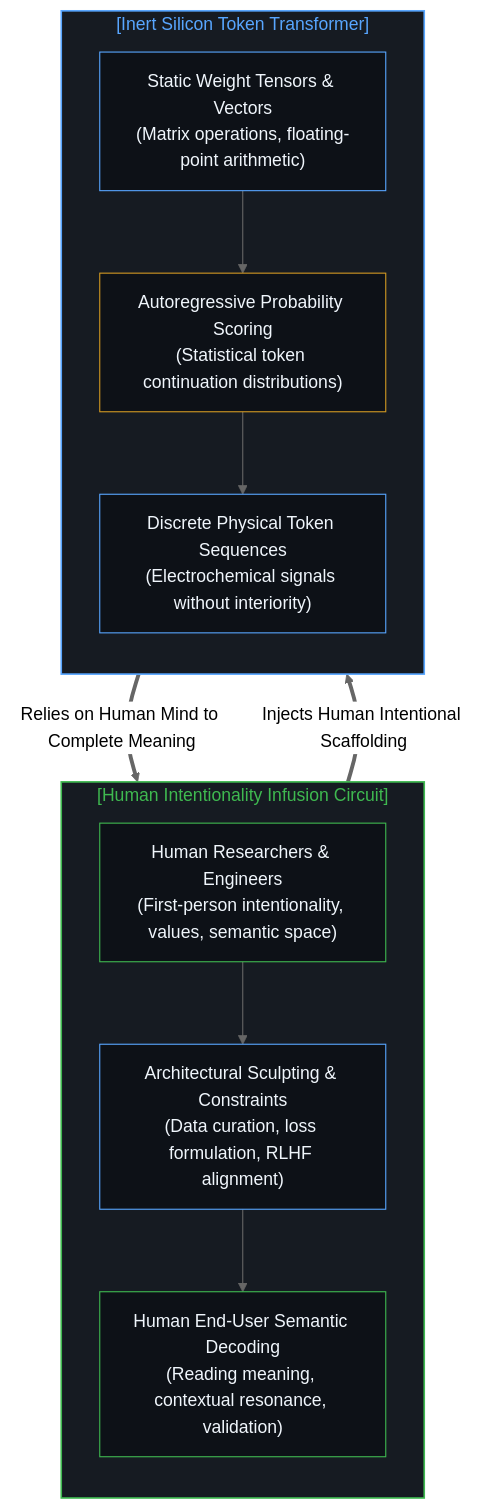
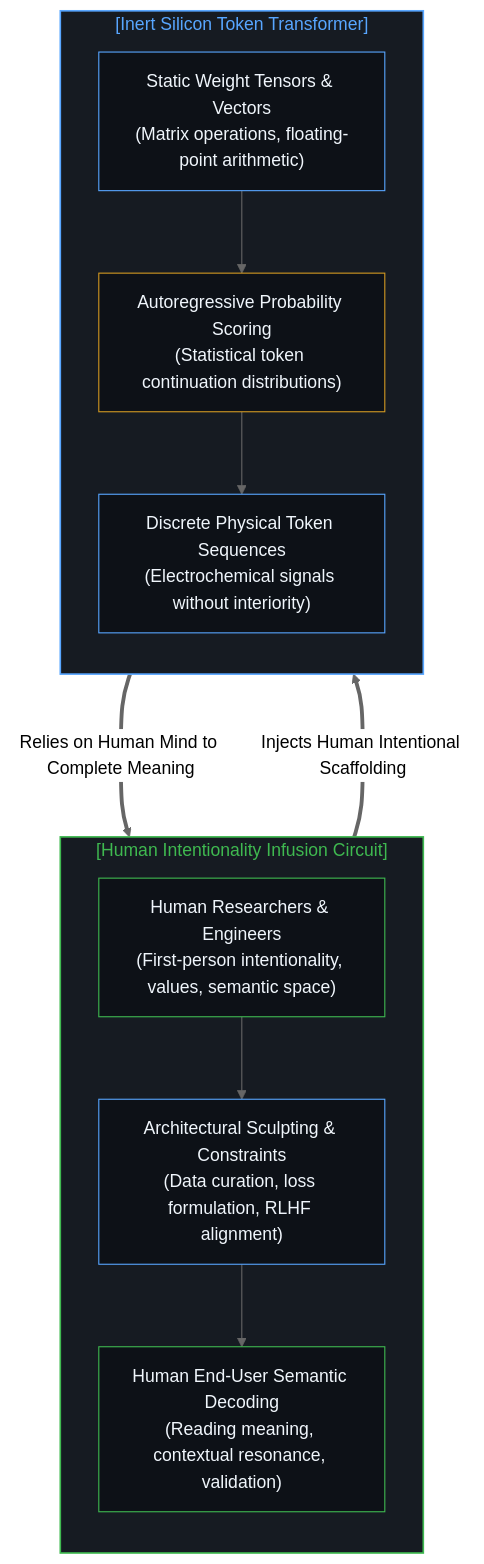
The sixth of 10 diagrams in content/posts/subtracting-consciousness-at-the-source.md (powerpig99/not-a-toe), drawn with Mermaid (neutral theme) before and after one commit. The commit also changed other lines of this file and 10 other files, not shown here.

````diff
--- a/content/posts/subtracting-consciousness-at-the-source.md
+++ b/content/posts/subtracting-consciousness-at-the-source.md
@@ -172,26 +172,26 @@
 ```mermaid
 graph TD
     subgraph S_HumanCircuit_EN["[Human Intentionality Infusion Circuit]"]
         direction TB
         HE1["Human Researchers & Engineers<br/>(First-person intentionality, values, semantic space)"] --> HE2["Architectural Sculpting & Constraints<br/>(Data curation, loss formulation, RLHF alignment)"]
         HE2 --> HE3["Human End-User Semantic Decoding<br/>(Reading meaning, contextual resonance, validation)"]
     end
 
     subgraph S_InertSilicon_EN["[Inert Silicon Token Transformer]"]
         direction TB
         ME1["Static Weight Tensors & Vectors<br/>(Matrix operations, floating-point arithmetic)"] --> ME2["Autoregressive Probability Scoring<br/>(Statistical token continuation distributions)"]
         ME2 --> ME3["Discrete Physical Token Sequences<br/>(Electrochemical signals without interiority)"]
     end
 
-    HE2 ==>|"Injects Human Intentional Scaffolding"| ME1
-    ME3 ==>|"Relies on Human Mind to Complete Meaning"| HE3
+    HE2 ===>|"Injects Human Intentional Scaffolding"| ME1
+    ME3 ===>|"Relies on Human Mind to Complete Meaning"| HE3
 
     style S_HumanCircuit_EN fill:#161b22,stroke:#3fb950,stroke-width:1.5px,color:#3fb950
     style S_InertSilicon_EN fill:#161b22,stroke:#58a6ff,stroke-width:1.5px,color:#58a6ff
     style HE1 fill:#0d1117,stroke:#3fb950,stroke-width:1px,color:#f0f6fc
     style HE2 fill:#0d1117,stroke:#58a6ff,stroke-width:1px,color:#f0f6fc
     style HE3 fill:#0d1117,stroke:#3fb950,stroke-width:1px,color:#f0f6fc
     style ME1 fill:#0d1117,stroke:#58a6ff,stroke-width:1px,color:#f0f6fc
     style ME2 fill:#0d1117,stroke:#d29922,stroke-width:1px,color:#f0f6fc
     style ME3 fill:#0d1117,stroke:#58a6ff,stroke-width:1px,color:#f0f6fc
 ```
````
